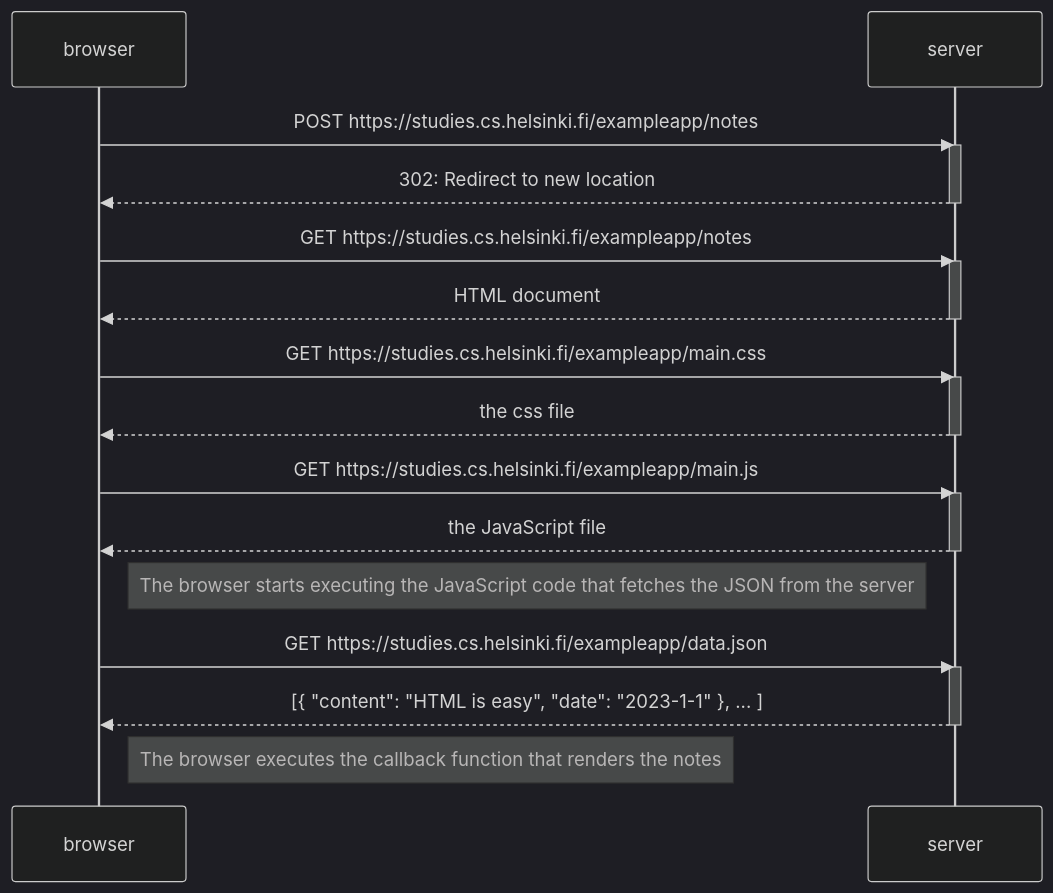
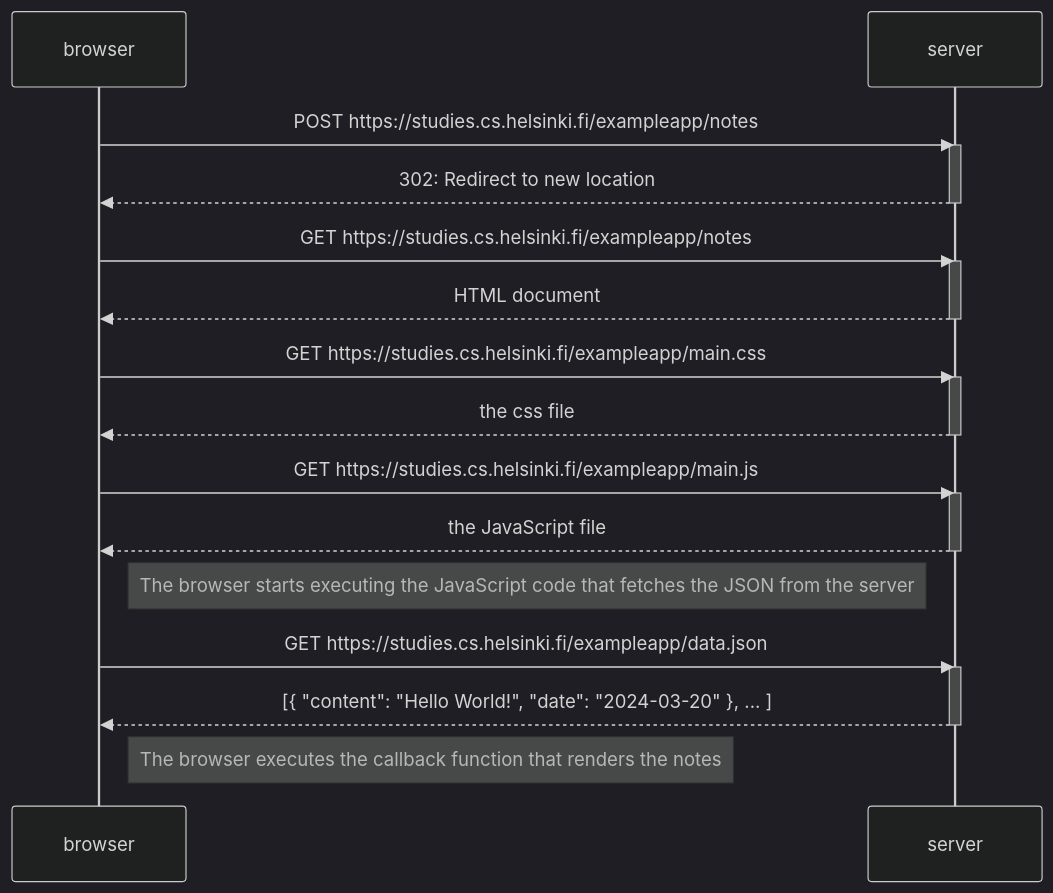
One commit to adnanprojects/fullstackopen changed the diagram in part0/New note diagram/diagram.mmd. Above: the diagram before and after it, drawn with Mermaid (dark theme).

Commit message:
modify diagram

```diff
--- a/part0/New note diagram/diagram.mmd
+++ b/part0/New note diagram/diagram.mmd
@@ -1,33 +1,33 @@
 
 sequenceDiagram
     participant browser
     participant server
 
     browser->>server: POST https://studies.cs.helsinki.fi/exampleapp/notes
     activate server
     server-->>browser: 302: Redirect to new location
     deactivate server
 
     browser->>server: GET https://studies.cs.helsinki.fi/exampleapp/notes
     activate server
     server-->>browser: HTML document
     deactivate server
 
     browser->>server: GET https://studies.cs.helsinki.fi/exampleapp/main.css
     activate server
     server-->>browser: the css file
     deactivate server
 
     browser->>server: GET https://studies.cs.helsinki.fi/exampleapp/main.js
     activate server
     server-->>browser: the JavaScript file
     deactivate server
 
     Note right of browser: The browser starts executing the JavaScript code that fetches the JSON from the server
 
     browser->>server: GET https://studies.cs.helsinki.fi/exampleapp/data.json
     activate server
-    server-->>browser: [{ "content": "HTML is easy", "date": "2023-1-1" }, ... ]
+    server-->>browser: [{ "content": "Hello World!", "date": "2024-03-20" }, ... ]
     deactivate server
 
     Note right of browser: The browser executes the callback function that renders the notes
```
